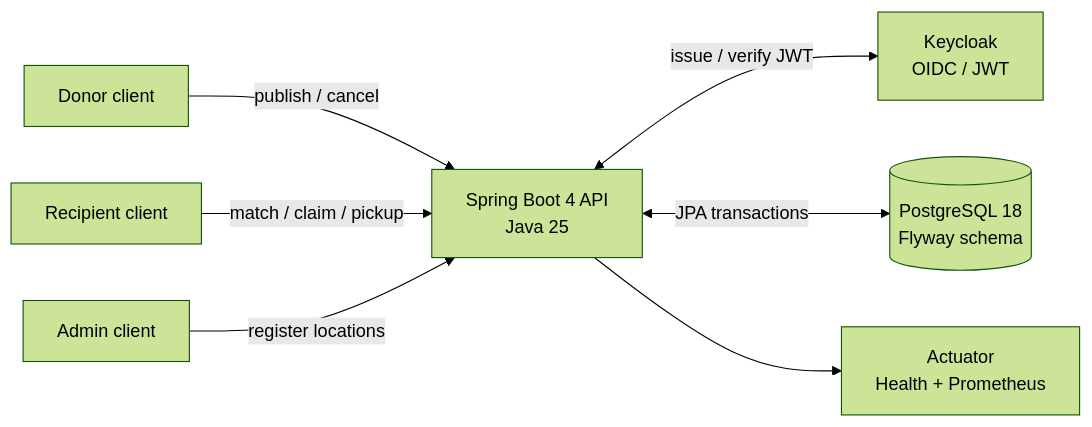
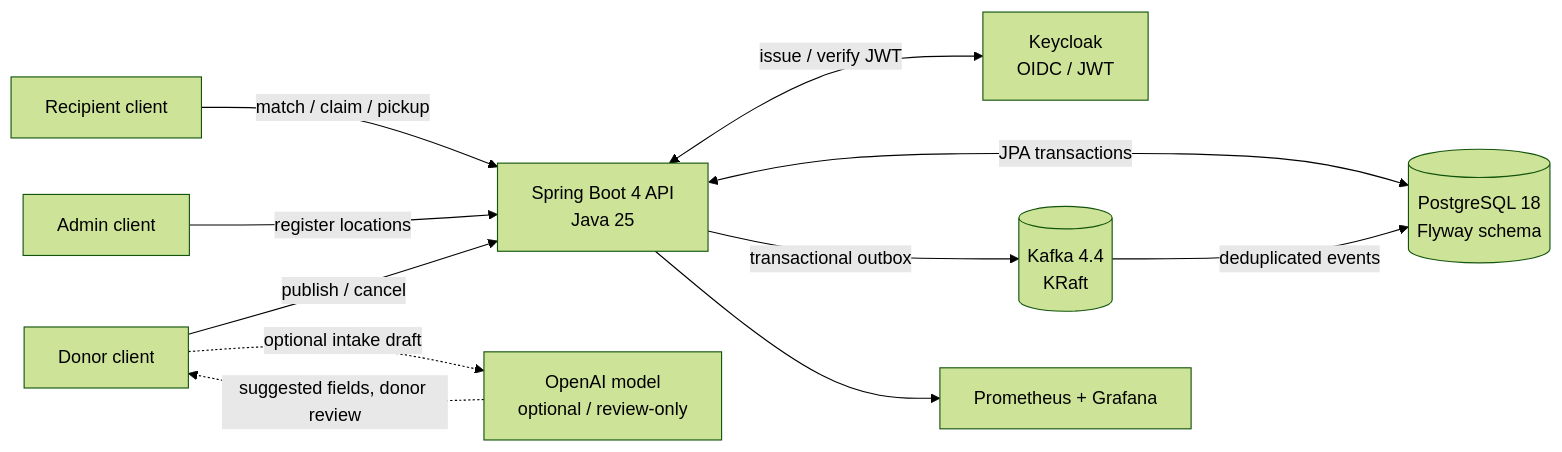
Before and after one commit to rohannsaxena2609/platerelay: the second of 4 diagrams in README.md, drawn with Mermaid (forest theme). The commit also changed other lines of this file, not shown here.

````diff
--- a/README.md
+++ b/README.md
@@ -53,17 +57,23 @@
 ```mermaid
 flowchart LR
     Donor[Donor client]
     Recipient[Recipient client]
     Admin[Admin client]
     API[Spring Boot 4 API<br/>Java 25]
     Auth[Keycloak<br/>OIDC / JWT]
     DB[(PostgreSQL 18<br/>Flyway schema)]
-    Metrics[Actuator<br/>Health + Prometheus]
+    Kafka[(Kafka 4.4<br/>KRaft)]
+    AI[OpenAI model<br/>optional / review-only]
+    Ops[Prometheus + Grafana]
 
     Donor -->|publish / cancel| API
     Recipient -->|match / claim / pickup| API
     Admin -->|register locations| API
     API <-->|issue / verify JWT| Auth
     API <-->|JPA transactions| DB
-    API --> Metrics
+    API -->|transactional outbox| Kafka
+    Kafka -->|deduplicated events| DB
+    Donor -. optional intake draft .-> AI
+    AI -. suggested fields, donor review .-> Donor
+    API --> Ops
 ```
````
